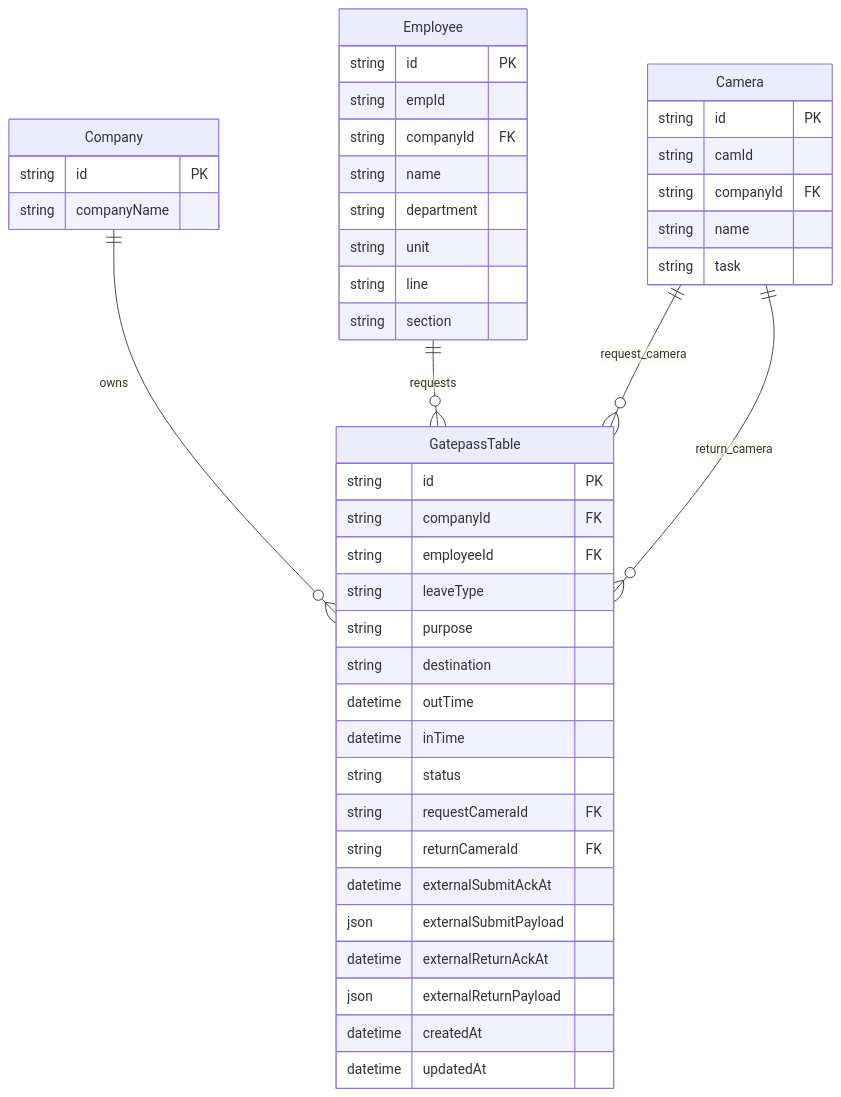
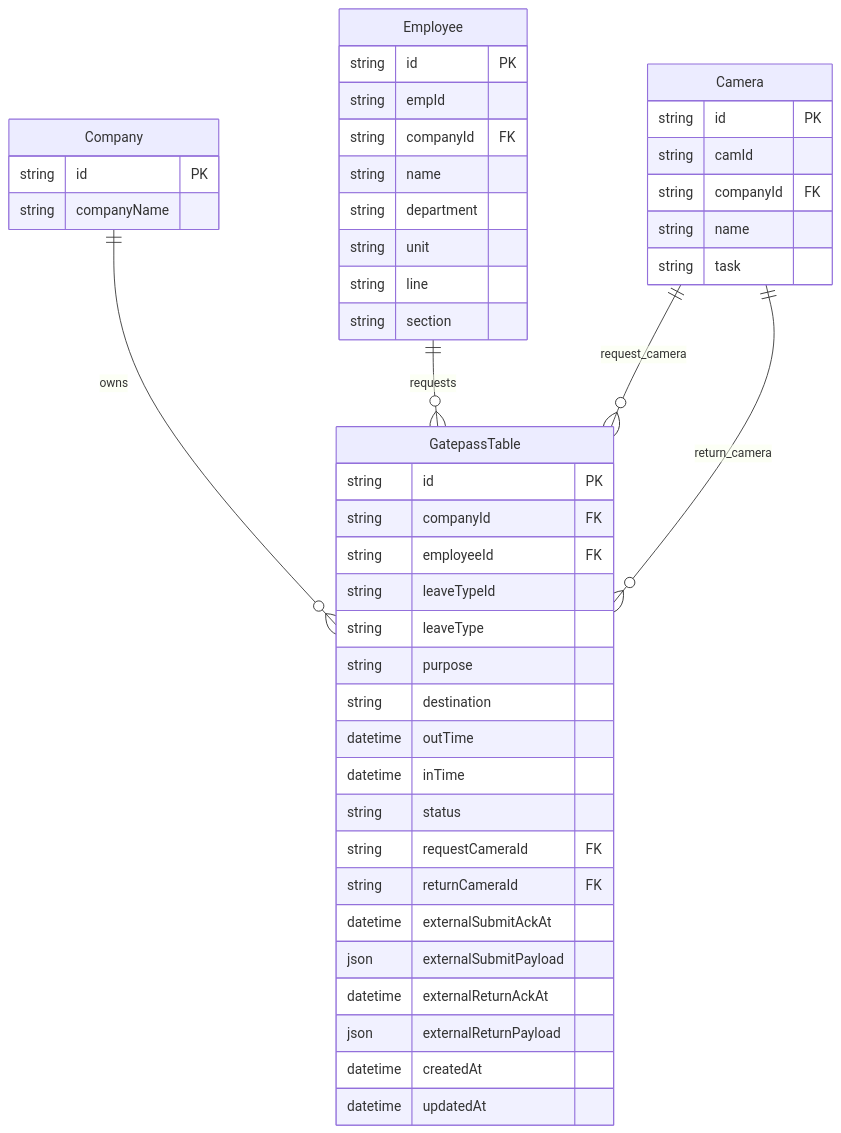
One commit to abnafis17/cctv-face-recognition-attendance-CPU changed the diagram in backend/docs/GATEPASS_SCHEMA.md. Above: the diagram before and after it, drawn with Mermaid. The commit also changed other lines of this file and 16 other files, not shown here.

````diff
--- a/backend/docs/GATEPASS_SCHEMA.md
+++ b/backend/docs/GATEPASS_SCHEMA.md
@@ -3,51 +3,52 @@
 ```mermaid
 erDiagram
     Company ||--o{ GatepassTable : owns
     Employee ||--o{ GatepassTable : requests
     Camera ||--o{ GatepassTable : request_camera
     Camera ||--o{ GatepassTable : return_camera
 
     Company {
       string id PK
       string companyName
     }
 
     Employee {
       string id PK
       string empId
       string companyId FK
       string name
       string department
       string unit
       string line
       string section
     }
 
     Camera {
       string id PK
       string camId
       string companyId FK
       string name
       string task
     }
 
     GatepassTable {
       string id PK
       string companyId FK
       string employeeId FK
+      string leaveTypeId
       string leaveType
       string purpose
       string destination
       datetime outTime
       datetime inTime
       string status
       string requestCameraId FK
       string returnCameraId FK
       datetime externalSubmitAckAt
       json externalSubmitPayload
       datetime externalReturnAckAt
       json externalReturnPayload
       datetime createdAt
       datetime updatedAt
     }
 ```
````
